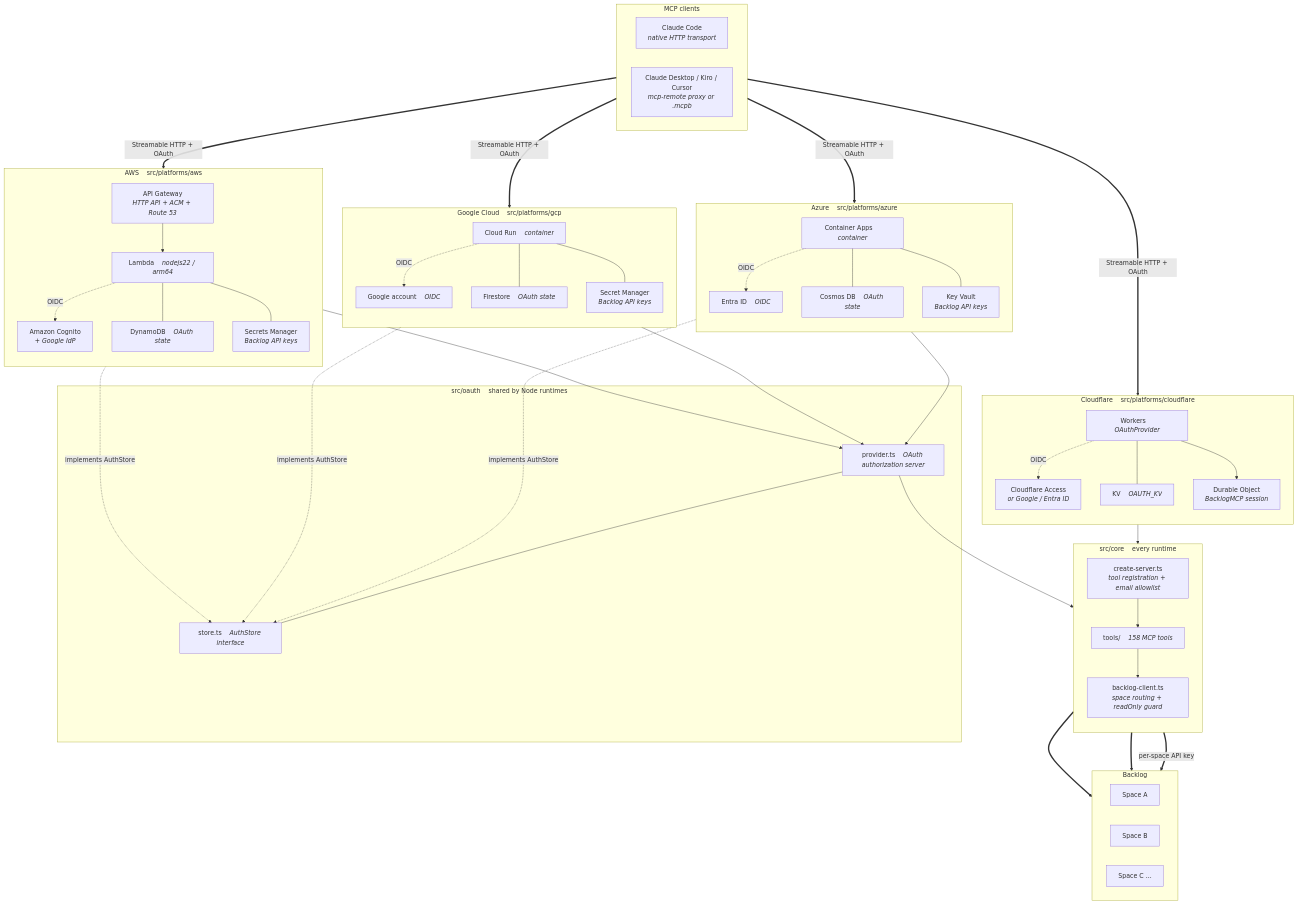
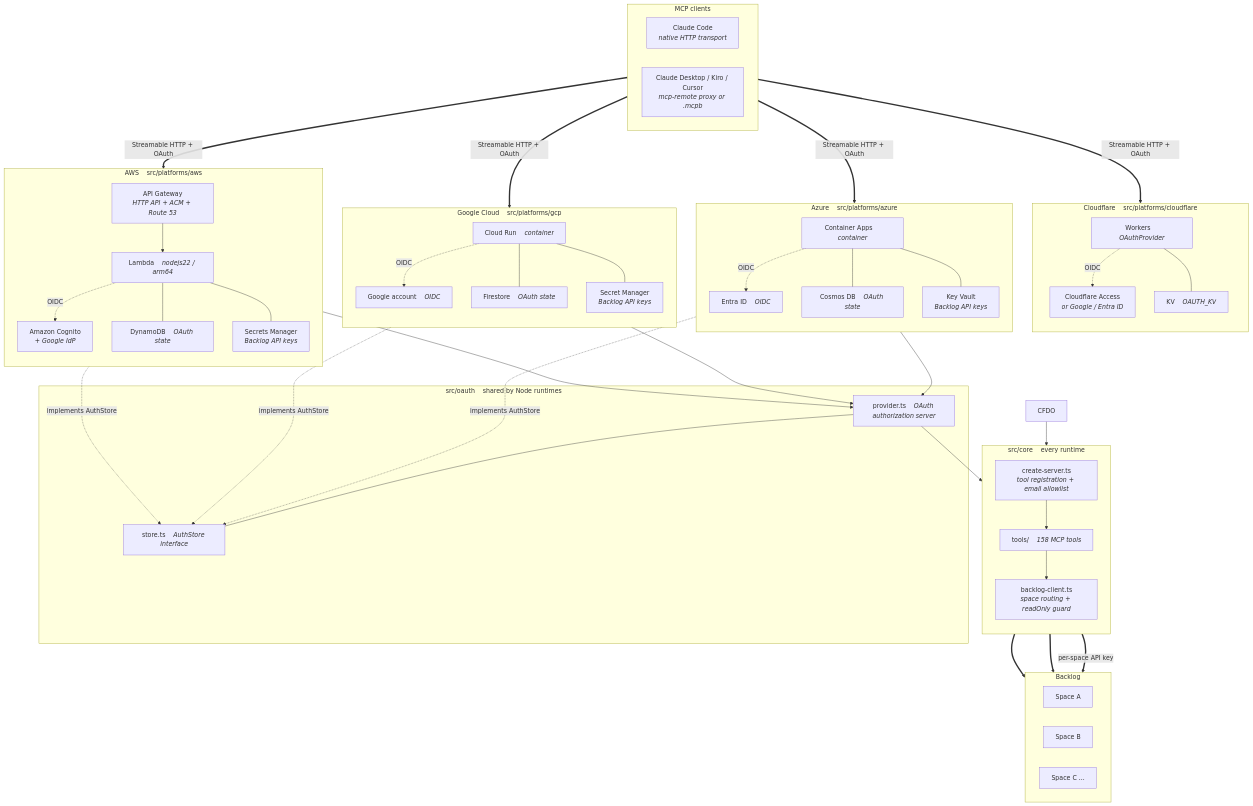
One commit to midnight480/backlog-remote-mcp-server changed the first of 2 diagrams in README.md. Above: the diagram before and after it, drawn with Mermaid. The commit also changed other lines of this file and 10 other files, not shown here.

```diff
--- a/README.md
+++ b/README.md
@@ -203,10 +202,8 @@
         CFW["Workers &nbsp;&nbsp; <i>OAuthProvider</i>"]
         CFA["Cloudflare Access<br/><i>or Google / Entra ID</i>"]
         CFKV["KV &nbsp;&nbsp; <i>OAUTH_KV</i>"]
-        CFDO["Durable Object<br/><i>BacklogMCP session</i>"]
         CFW -. "OIDC" .-> CFA
         CFW --- CFKV
-        CFW --> CFDO
     end
 
     subgraph aws["AWS &nbsp;&nbsp; src/platforms/aws"]
```
